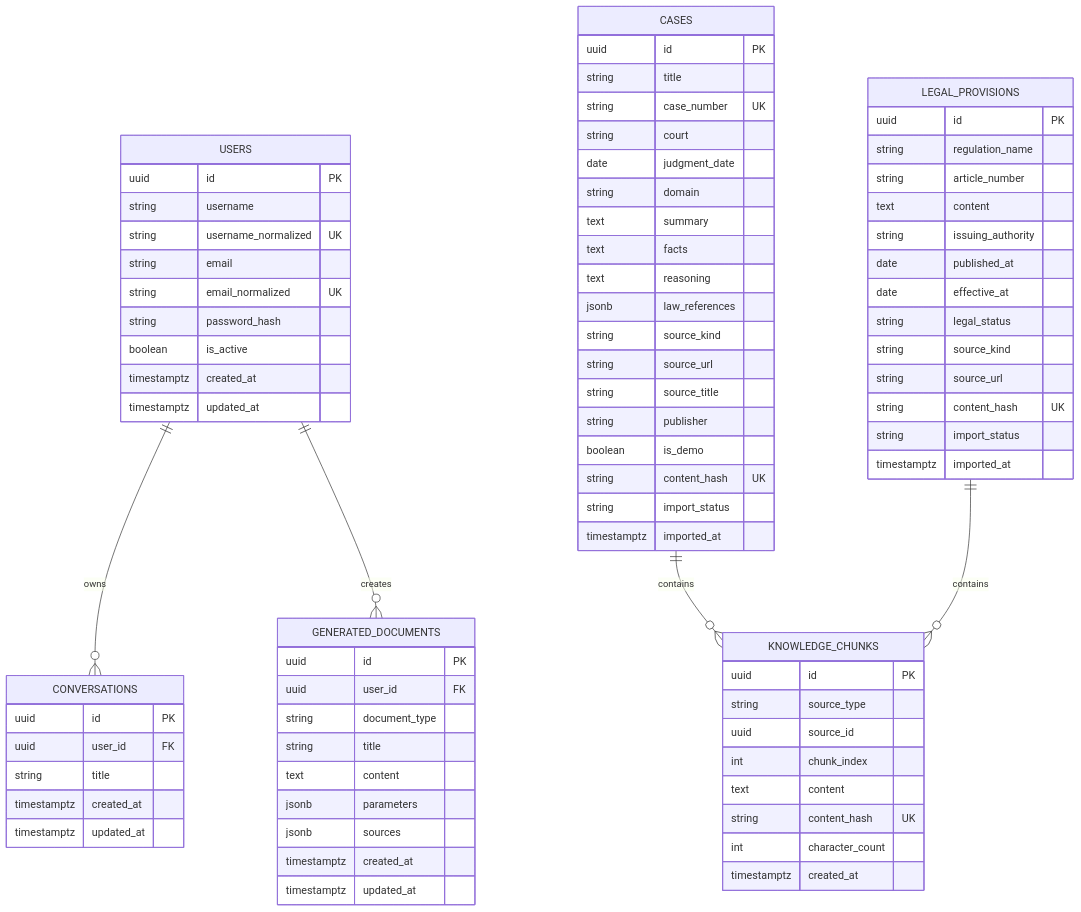
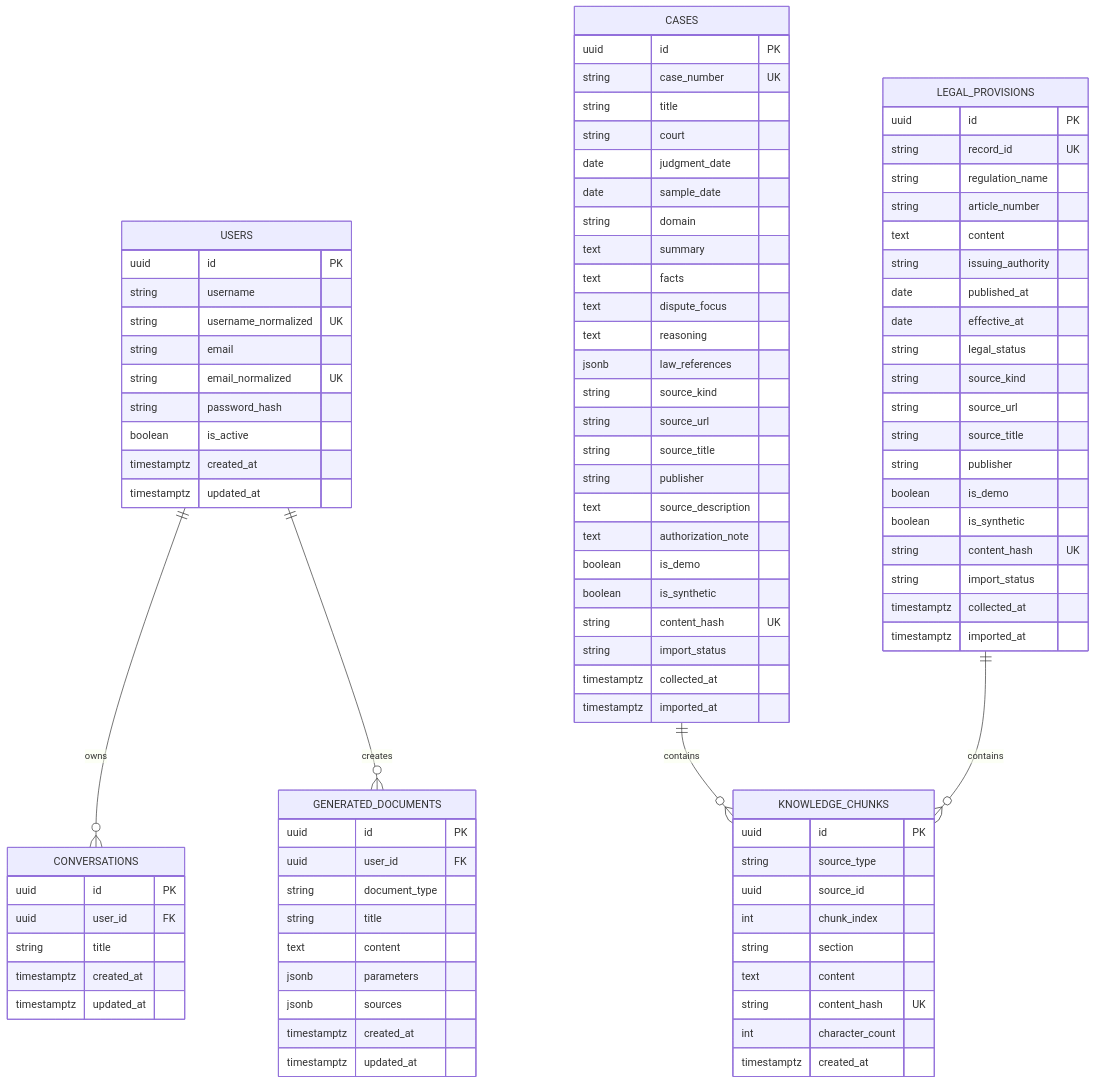
Before and after one commit to wenqin8/legalmind: the diagram in docs/data-model.md, drawn with Mermaid. The commit also changed other lines of this file and 48 other files, not shown here.

```diff
--- a/docs/data-model.md
+++ b/docs/data-model.md
@@ -83,27 +84,34 @@
 
     CASES {
         uuid id PK
+        string case_number UK
         string title
-        string case_number UK
         string court
         date judgment_date
+        date sample_date
         string domain
         text summary
         text facts
+        text dispute_focus
         text reasoning
         jsonb law_references
         string source_kind
         string source_url
         string source_title
         string publisher
+        text source_description
+        text authorization_note
         boolean is_demo
+        boolean is_synthetic
         string content_hash UK
         string import_status
+        timestamptz collected_at
         timestamptz imported_at
     }
 
     LEGAL_PROVISIONS {
         uuid id PK
+        string record_id UK
         string regulation_name
         string article_number
         text content
@@ -113,8 +121,13 @@
         string legal_status
         string source_kind
         string source_url
+        string source_title
+        string publisher
+        boolean is_demo
+        boolean is_synthetic
         string content_hash UK
         string import_status
+        timestamptz collected_at
         timestamptz imported_at
     }
 
@@ -123,6 +136,7 @@
         string source_type
         uuid source_id
         int chunk_index
+        string section
         text content
         string content_hash UK
         int character_count
```
